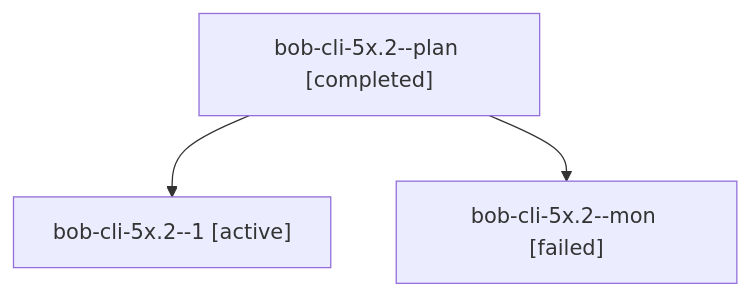
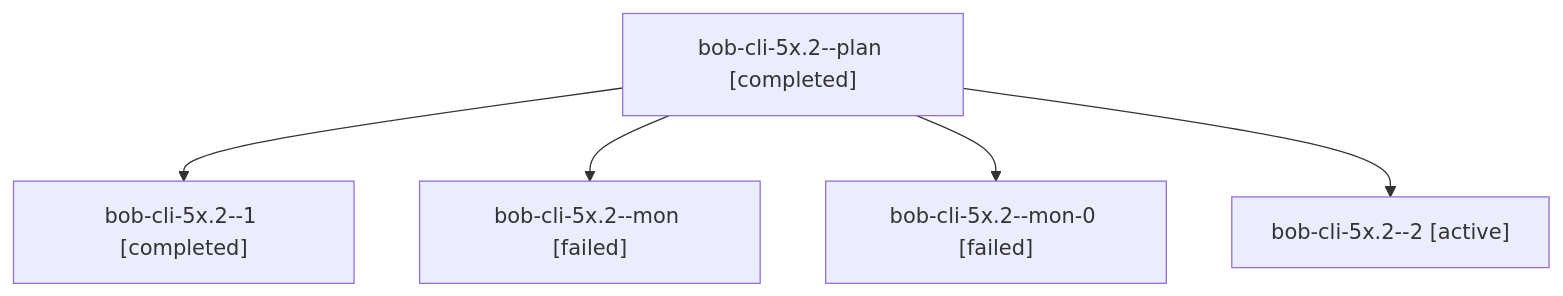
Before and after one commit to bobs-org/bob-cli--agents: the diagram in sessions/bbugyi200.athena.bob-cli-5x.2.md, drawn with Mermaid. The commit also changed other lines of this file and 25 other files, not shown here.

````diff
--- a/sessions/bbugyi200.athena.bob-cli-5x.2.md
+++ b/sessions/bbugyi200.athena.bob-cli-5x.2.md
@@ -9,8 +9,12 @@
 ```mermaid
 flowchart TD
   n0["bob-cli-5x.2--plan [completed]"]
-  n1["bob-cli-5x.2--1 [active]"]
+  n1["bob-cli-5x.2--1 [completed]"]
   n0 --> n1
   n2["bob-cli-5x.2--mon [failed]"]
   n0 --> n2
+  n3["bob-cli-5x.2--mon-0 [failed]"]
+  n0 --> n3
+  n4["bob-cli-5x.2--2 [active]"]
+  n0 --> n4
 ```
````
